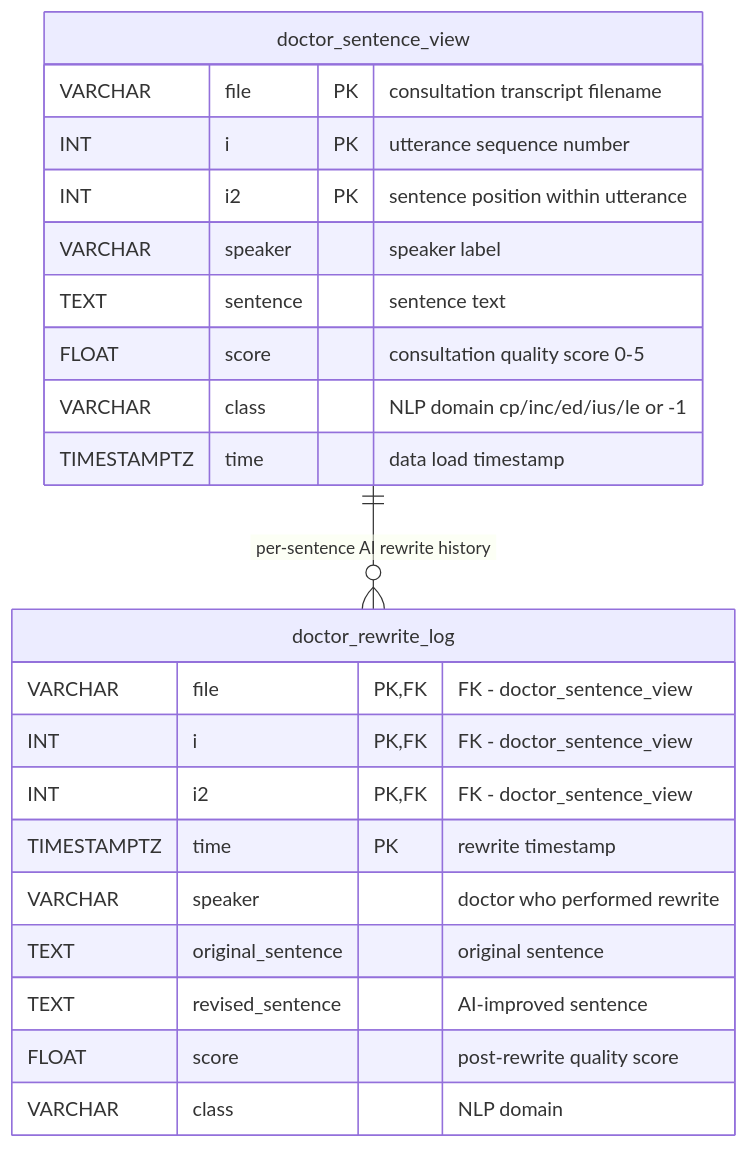
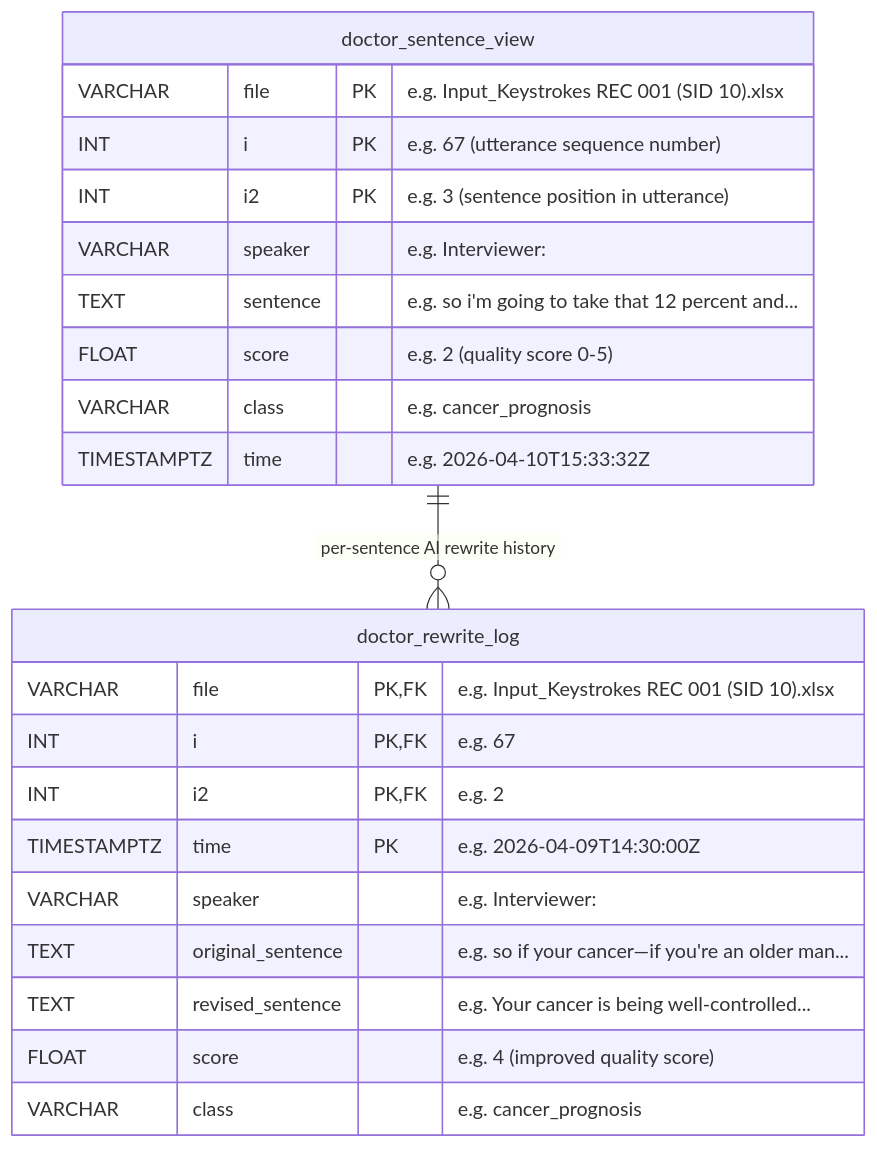
The first of 5 diagrams in app/Backend/patient_doctor_interface_erd_v3_en.md (HyunjunA/Prostate_cancer_consultation), drawn with Mermaid before and after one commit. The commit also changed other lines of this file and 2 other files, not shown here.

First line of the commit message:
docs: enhance ERD v3 with real DB examples, field-level explanations, and PDF

````diff
--- a/app/Backend/patient_doctor_interface_erd_v3_en.md
+++ b/app/Backend/patient_doctor_interface_erd_v3_en.md
@@ -7,27 +7,27 @@
 ```mermaid
 erDiagram
     doctor_sentence_view {
-        VARCHAR file PK "consultation transcript filename"
-        INT i PK "utterance sequence number"
-        INT i2 PK "sentence position within utterance"
-        VARCHAR speaker "speaker label"
-        TEXT sentence "sentence text"
-        FLOAT score "consultation quality score 0-5"
-        VARCHAR class "NLP domain cp/inc/ed/ius/le or -1"
-        TIMESTAMPTZ time "data load timestamp"
+        VARCHAR file PK "e.g. Input_Keystrokes REC 001 (SID 10).xlsx"
+        INT i PK "e.g. 67 (utterance sequence number)"
+        INT i2 PK "e.g. 3 (sentence position in utterance)"
+        VARCHAR speaker "e.g. Interviewer:"
+        TEXT sentence "e.g. so i'm going to take that 12 percent and..."
+        FLOAT score "e.g. 2 (quality score 0-5)"
+        VARCHAR class "e.g. cancer_prognosis"
+        TIMESTAMPTZ time "e.g. 2026-04-10T15:33:32Z"
     }
 
     doctor_rewrite_log {
-        VARCHAR file PK,FK "FK - doctor_sentence_view"
-        INT i PK,FK "FK - doctor_sentence_view"
-        INT i2 PK,FK "FK - doctor_sentence_view"
-        TIMESTAMPTZ time PK "rewrite timestamp"
-        VARCHAR speaker "doctor who performed rewrite"
-        TEXT original_sentence "original sentence"
-        TEXT revised_sentence "AI-improved sentence"
-        FLOAT score "post-rewrite quality score"
-        VARCHAR class "NLP domain"
+        VARCHAR file PK,FK "e.g. Input_Keystrokes REC 001 (SID 10).xlsx"
+        INT i PK,FK "e.g. 67"
+        INT i2 PK,FK "e.g. 2"
+        TIMESTAMPTZ time PK "e.g. 2026-04-09T14:30:00Z"
+        VARCHAR speaker "e.g. Interviewer:"
+        TEXT original_sentence "e.g. so if your cancer—if you're an older man..."
+        TEXT revised_sentence "e.g. Your cancer is being well-controlled..."
+        FLOAT score "e.g. 4 (improved quality score)"
+        VARCHAR class "e.g. cancer_prognosis"
     }
 
     doctor_sentence_view ||--o{ doctor_rewrite_log : "per-sentence AI rewrite history"
 ```
````
